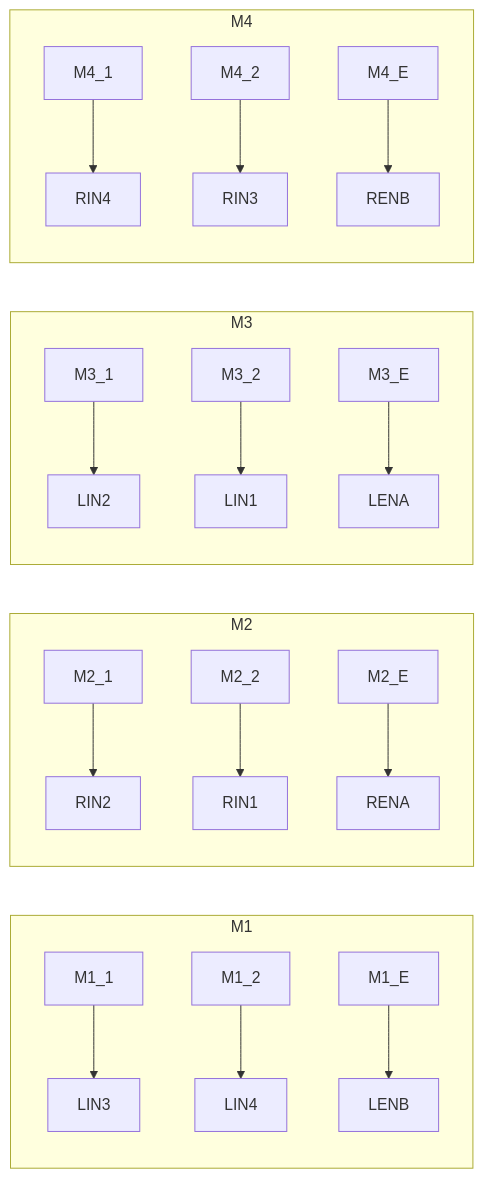
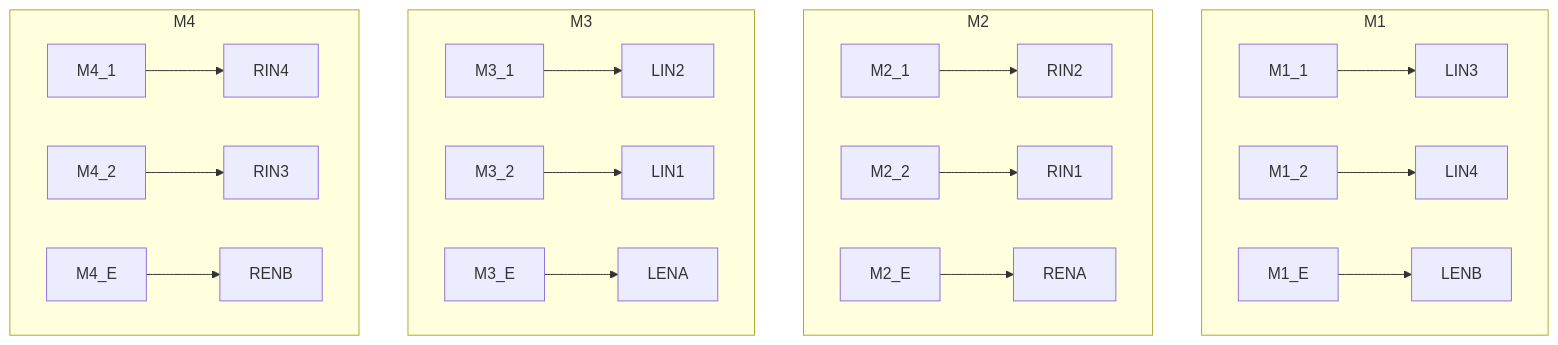
The diagram in README.md (discodyer/bt_car), drawn with Mermaid before and after one commit.

Commit message:
修改了开发者文档

````diff
--- a/README.md
+++ b/README.md
@@ -24,23 +24,23 @@
 ```mermaid
-graph LR
+graph TB
     subgraph M1
         M1_1-->LIN3
         M1_2-->LIN4
         M1_E-->LENB
     end
     subgraph M2
         M2_1-->RIN2
         M2_2-->RIN1
         M2_E-->RENA
     end
     subgraph M3
         M3_1-->LIN2
         M3_2-->LIN1
         M3_E-->LENA
     end
     subgraph M4
         M4_1-->RIN4
         M4_2-->RIN3
         M4_E-->RENB
     end
 ```
````
